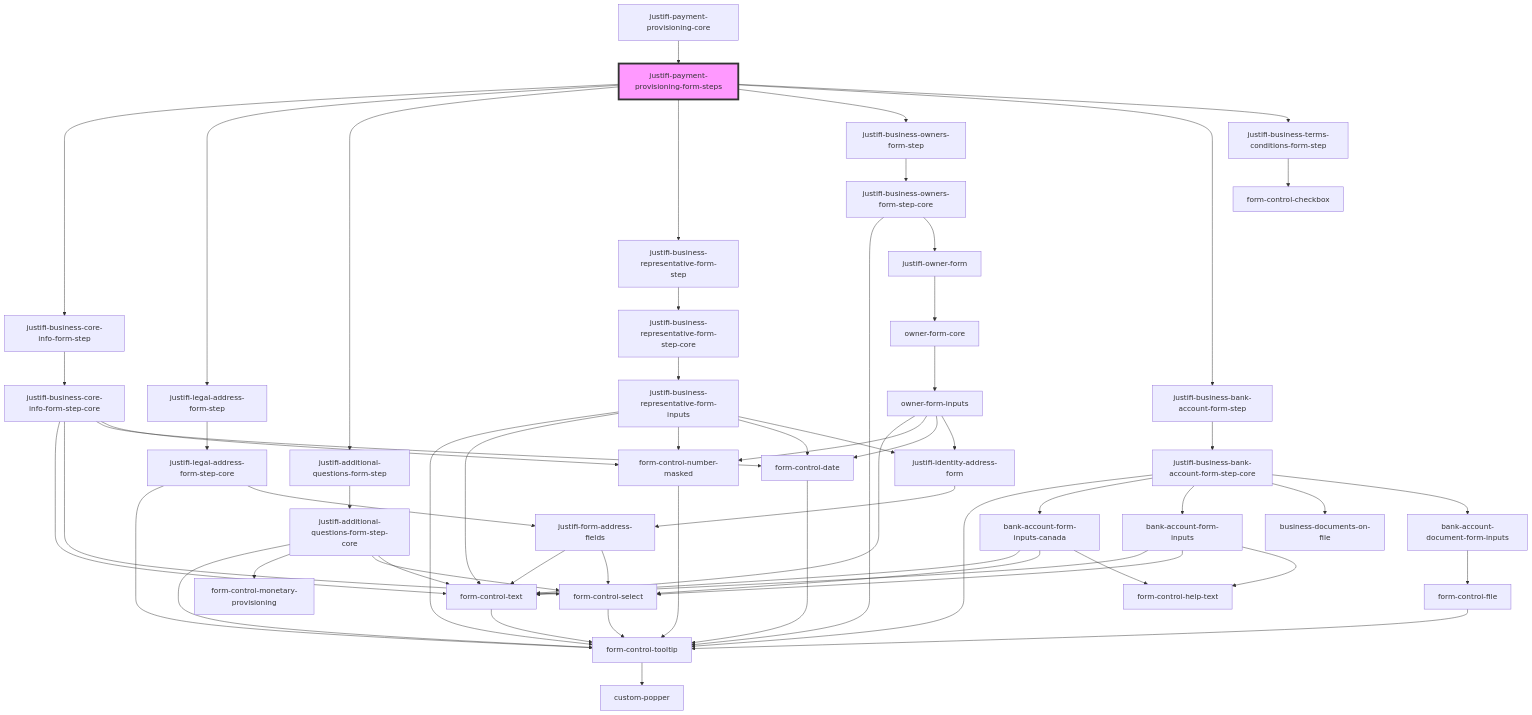
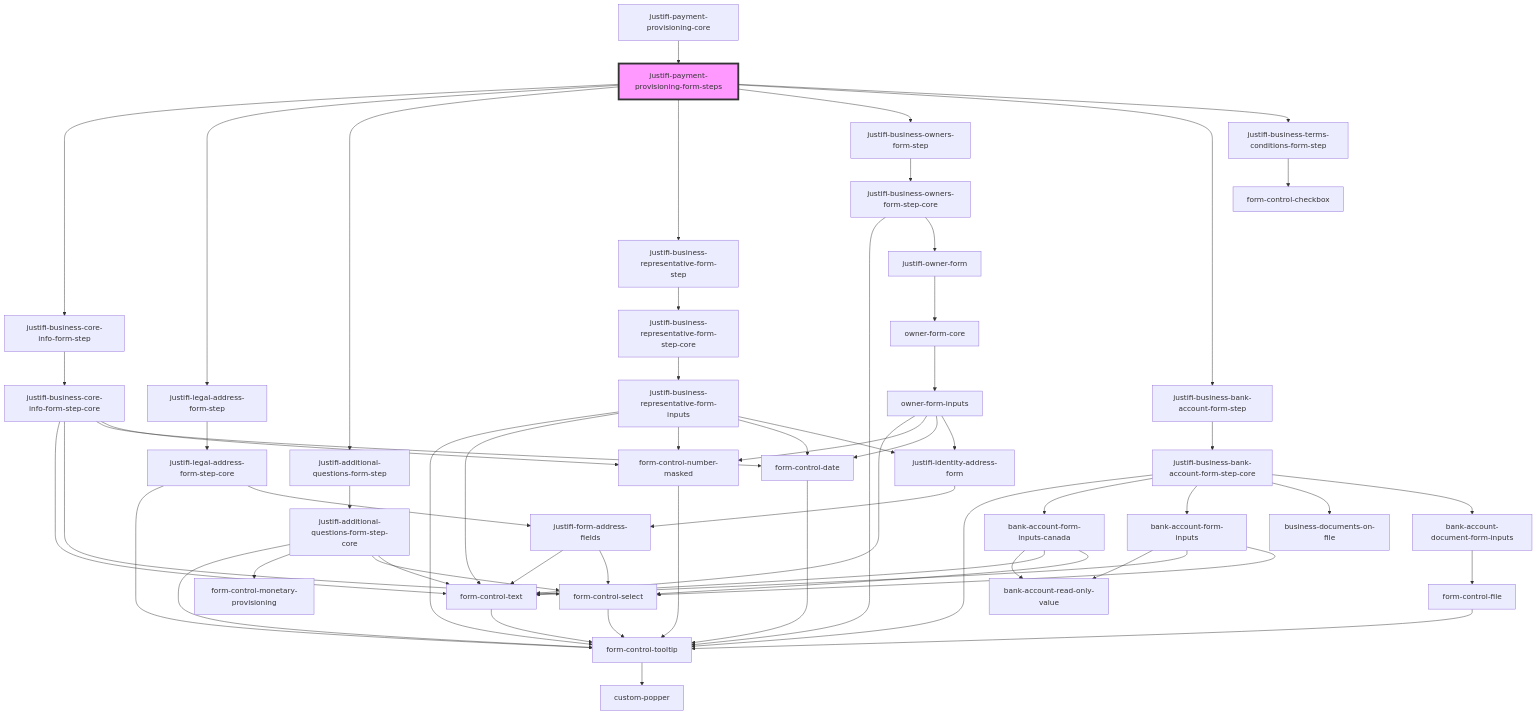
One commit to justifi-tech/web-component-library changed the diagram in packages/webcomponents/src/components/business-forms/payment-provisioning/readme.md. Above: the diagram before and after it, drawn with Mermaid. The commit also changed 3 other files, not shown here.

````diff
--- a/packages/webcomponents/src/components/business-forms/payment-provisioning/readme.md
+++ b/packages/webcomponents/src/components/business-forms/payment-provisioning/readme.md
@@ -36,64 +36,64 @@
 ```mermaid
 graph TD;
   justifi-payment-provisioning-form-steps --> justifi-business-core-info-form-step
   justifi-payment-provisioning-form-steps --> justifi-legal-address-form-step
   justifi-payment-provisioning-form-steps --> justifi-additional-questions-form-step
   justifi-payment-provisioning-form-steps --> justifi-business-representative-form-step
   justifi-payment-provisioning-form-steps --> justifi-business-owners-form-step
   justifi-payment-provisioning-form-steps --> justifi-business-bank-account-form-step
   justifi-payment-provisioning-form-steps --> justifi-business-terms-conditions-form-step
   justifi-business-core-info-form-step --> justifi-business-core-info-form-step-core
   justifi-business-core-info-form-step-core --> form-control-text
   justifi-business-core-info-form-step-core --> form-control-select
   justifi-business-core-info-form-step-core --> form-control-date
   justifi-business-core-info-form-step-core --> form-control-number-masked
   form-control-text --> form-control-tooltip
   form-control-tooltip --> custom-popper
   form-control-select --> form-control-tooltip
   form-control-date --> form-control-tooltip
   form-control-number-masked --> form-control-tooltip
   justifi-legal-address-form-step --> justifi-legal-address-form-step-core
   justifi-legal-address-form-step-core --> form-control-tooltip
   justifi-legal-address-form-step-core --> justifi-form-address-fields
   justifi-form-address-fields --> form-control-text
   justifi-form-address-fields --> form-control-select
   justifi-additional-questions-form-step --> justifi-additional-questions-form-step-core
   justifi-additional-questions-form-step-core --> form-control-tooltip
   justifi-additional-questions-form-step-core --> form-control-monetary-provisioning
   justifi-additional-questions-form-step-core --> form-control-select
   justifi-additional-questions-form-step-core --> form-control-text
   justifi-business-representative-form-step --> justifi-business-representative-form-step-core
   justifi-business-representative-form-step-core --> justifi-business-representative-form-inputs
   justifi-business-representative-form-inputs --> form-control-tooltip
   justifi-business-representative-form-inputs --> form-control-text
   justifi-business-representative-form-inputs --> form-control-number-masked
   justifi-business-representative-form-inputs --> form-control-date
   justifi-business-representative-form-inputs --> justifi-identity-address-form
   justifi-identity-address-form --> justifi-form-address-fields
   justifi-business-owners-form-step --> justifi-business-owners-form-step-core
   justifi-business-owners-form-step-core --> form-control-tooltip
   justifi-business-owners-form-step-core --> justifi-owner-form
   justifi-owner-form --> owner-form-core
   owner-form-core --> owner-form-inputs
   owner-form-inputs --> form-control-text
   owner-form-inputs --> form-control-number-masked
   owner-form-inputs --> form-control-date
   owner-form-inputs --> justifi-identity-address-form
   justifi-business-bank-account-form-step --> justifi-business-bank-account-form-step-core
   justifi-business-bank-account-form-step-core --> form-control-tooltip
   justifi-business-bank-account-form-step-core --> bank-account-form-inputs-canada
   justifi-business-bank-account-form-step-core --> bank-account-form-inputs
   justifi-business-bank-account-form-step-core --> business-documents-on-file
   justifi-business-bank-account-form-step-core --> bank-account-document-form-inputs
+  bank-account-form-inputs-canada --> bank-account-read-only-value
   bank-account-form-inputs-canada --> form-control-text
   bank-account-form-inputs-canada --> form-control-select
-  bank-account-form-inputs-canada --> form-control-help-text
+  bank-account-form-inputs --> bank-account-read-only-value
   bank-account-form-inputs --> form-control-text
   bank-account-form-inputs --> form-control-select
-  bank-account-form-inputs --> form-control-help-text
   bank-account-document-form-inputs --> form-control-file
   form-control-file --> form-control-tooltip
   justifi-business-terms-conditions-form-step --> form-control-checkbox
   justifi-payment-provisioning-core --> justifi-payment-provisioning-form-steps
   style justifi-payment-provisioning-form-steps fill:#f9f,stroke:#333,stroke-width:4px
 ```
````
